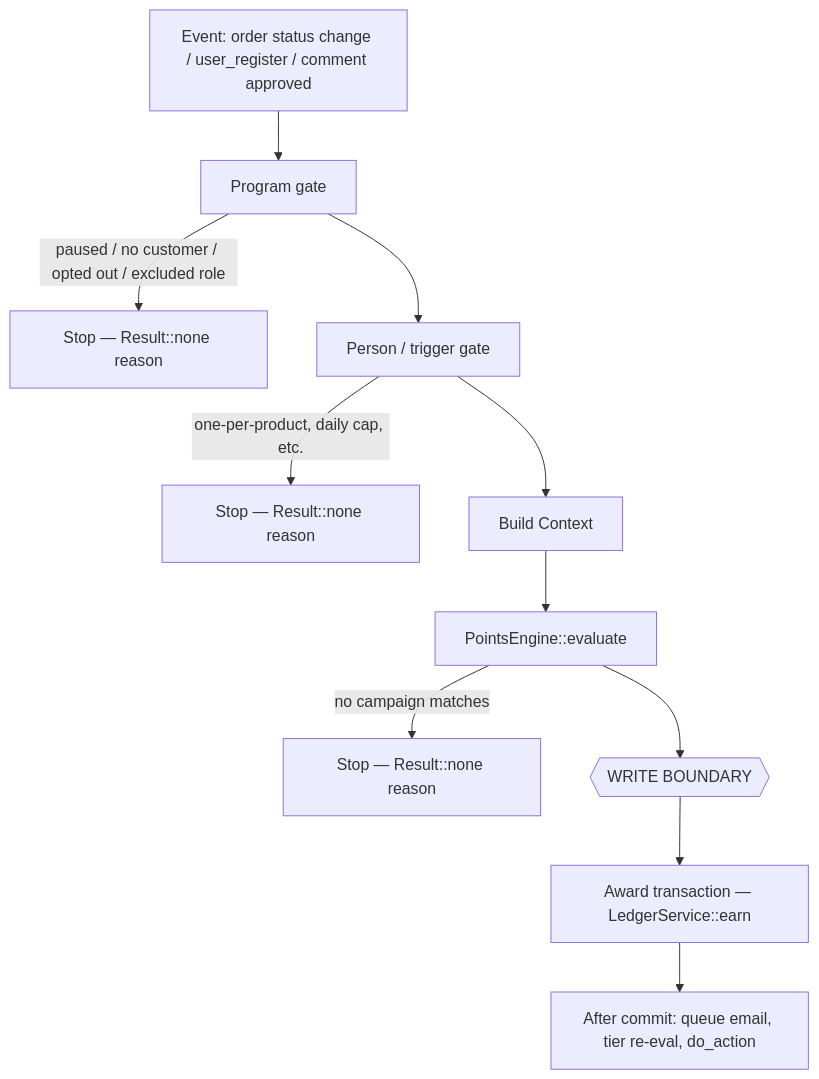
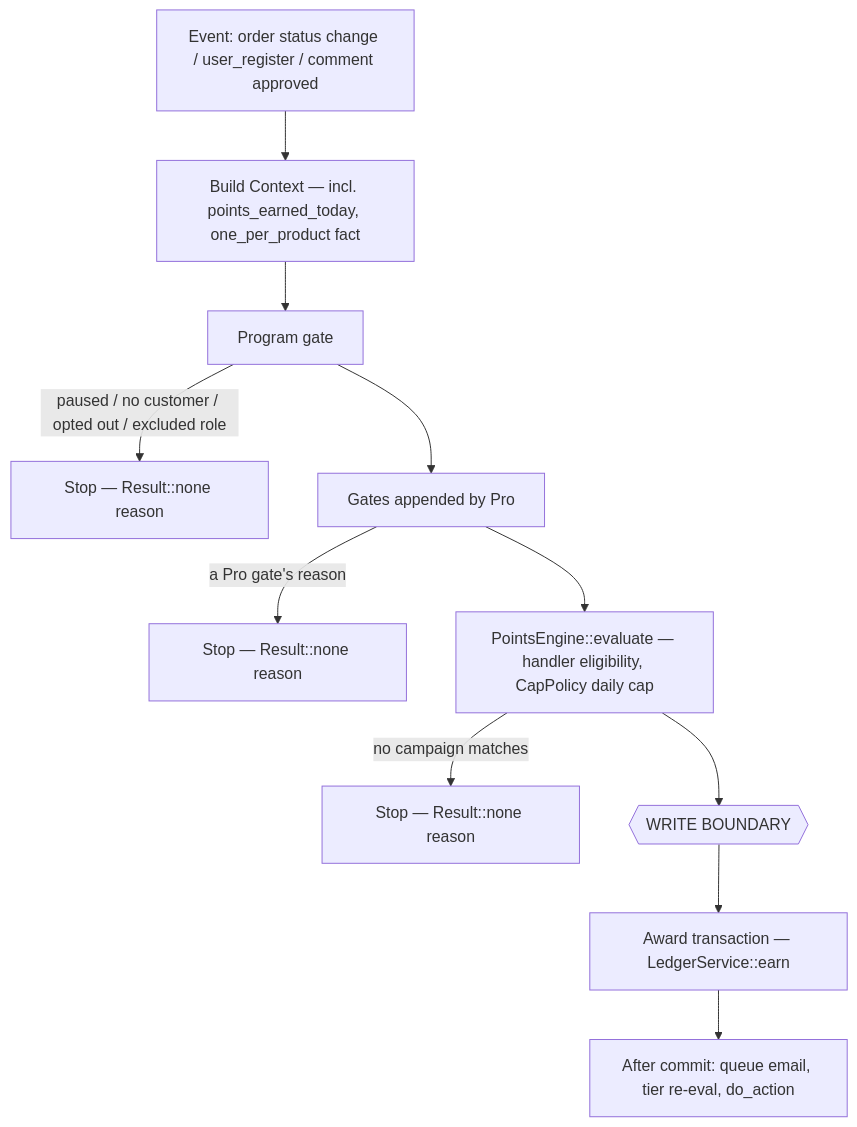
One commit to YayCommerce/YayLoyalty changed the first of 2 diagrams in docs/data-model/points-lifecycle.md. Above: the diagram before and after it, drawn with Mermaid. The commit also changed other lines of this file and 26 other files, not shown here.

````diff
--- a/docs/data-model/points-lifecycle.md
+++ b/docs/data-model/points-lifecycle.md
@@ -60,13 +60,13 @@
 ```mermaid
 flowchart TD
-    A[Event: order status change / user_register / comment approved] --> B[Program gate]
+    A[Event: order status change / user_register / comment approved] --> D[Build Context — incl. points_earned_today, one_per_product fact]
+    D --> B[Program gate]
     B -->|paused / no customer / opted out / excluded role| X1[Stop — Result::none reason]
-    B --> C[Person / trigger gate]
-    C -->|one-per-product, daily cap, etc.| X2[Stop — Result::none reason]
-    C --> D[Build Context]
-    D --> E[PointsEngine::evaluate]
+    B --> C[Gates appended by Pro]
+    C -->|a Pro gate's reason| X2[Stop — Result::none reason]
+    C --> E[PointsEngine::evaluate — handler eligibility, CapPolicy daily cap]
     E -->|no campaign matches| X3[Stop — Result::none reason]
     E --> F{{WRITE BOUNDARY}}
     F --> G[Award transaction — LedgerService::earn]
     G --> H[After commit: queue email, tier re-eval, do_action]
 ```
````
